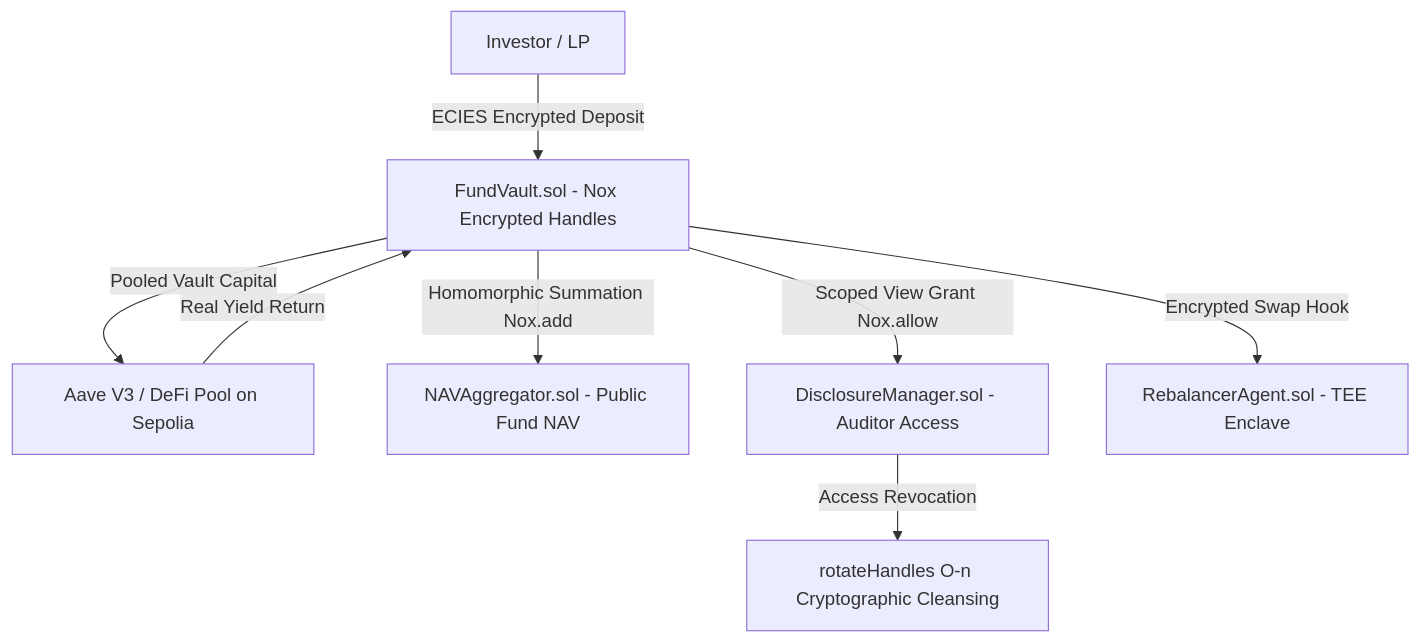
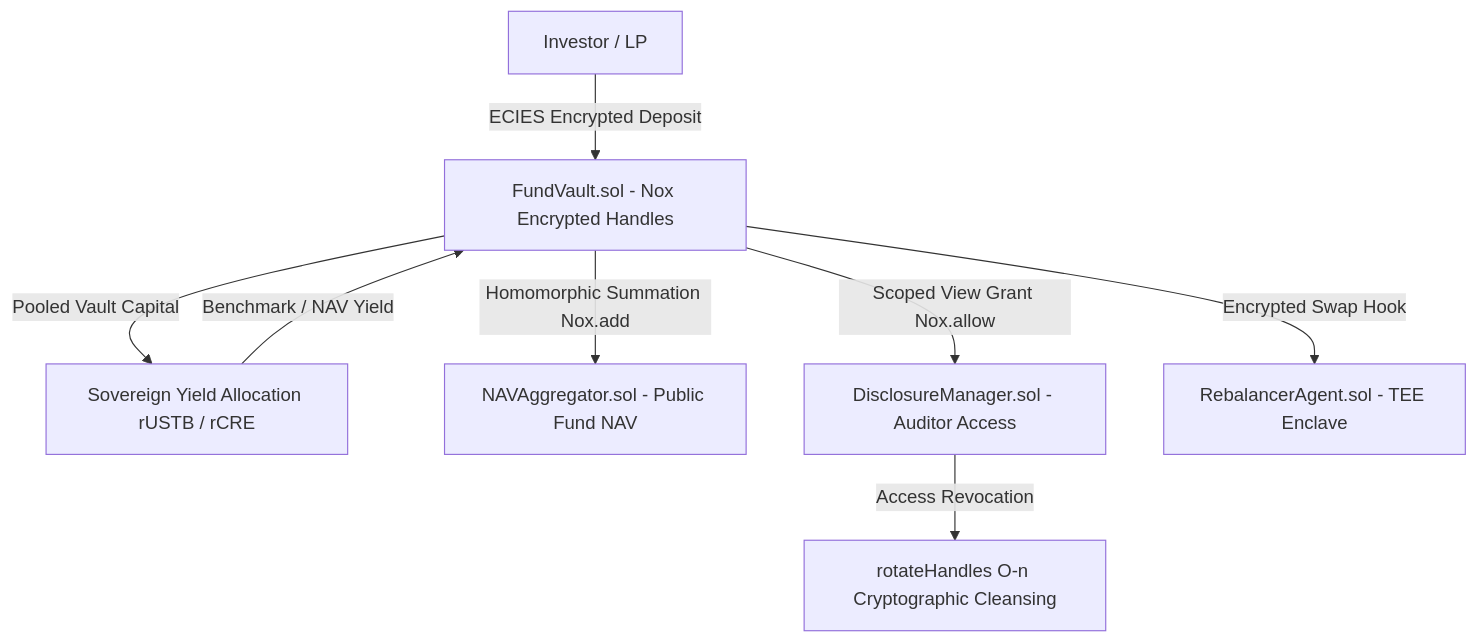
One commit to Handilusa/RealVault changed the first of 2 diagrams in README.md. Above: the diagram before and after it, drawn with Mermaid. The commit also changed other lines of this file and 1 other file, not shown here.

Commit message:
fix(charts & docs): replace GBM with linear trend interpolation, update Aave V3 diagram node, fix feedback link

````diff
--- a/README.md
+++ b/README.md
@@ -28,10 +28,10 @@
 ```mermaid
 graph TD
     A[Investor / LP] -->|ECIES Encrypted Deposit| B[FundVault.sol - Nox Encrypted Handles]
-    B -->|Pooled Vault Capital| C[Aave V3 / DeFi Pool on Sepolia]
-    C -->|Real Yield Return| B
+    B -->|Pooled Vault Capital| C[Sovereign Yield Allocation rUSTB / rCRE]
+    C -->|Benchmark / NAV Yield| B
     B -->|Homomorphic Summation Nox.add| D[NAVAggregator.sol - Public Fund NAV]
     B -->|Scoped View Grant Nox.allow| E[DisclosureManager.sol - Auditor Access]
     E -->|Access Revocation| F[rotateHandles O-n Cryptographic Cleansing]
     B -->|Encrypted Swap Hook| G[RebalancerAgent.sol - TEE Enclave]
 ```
````
